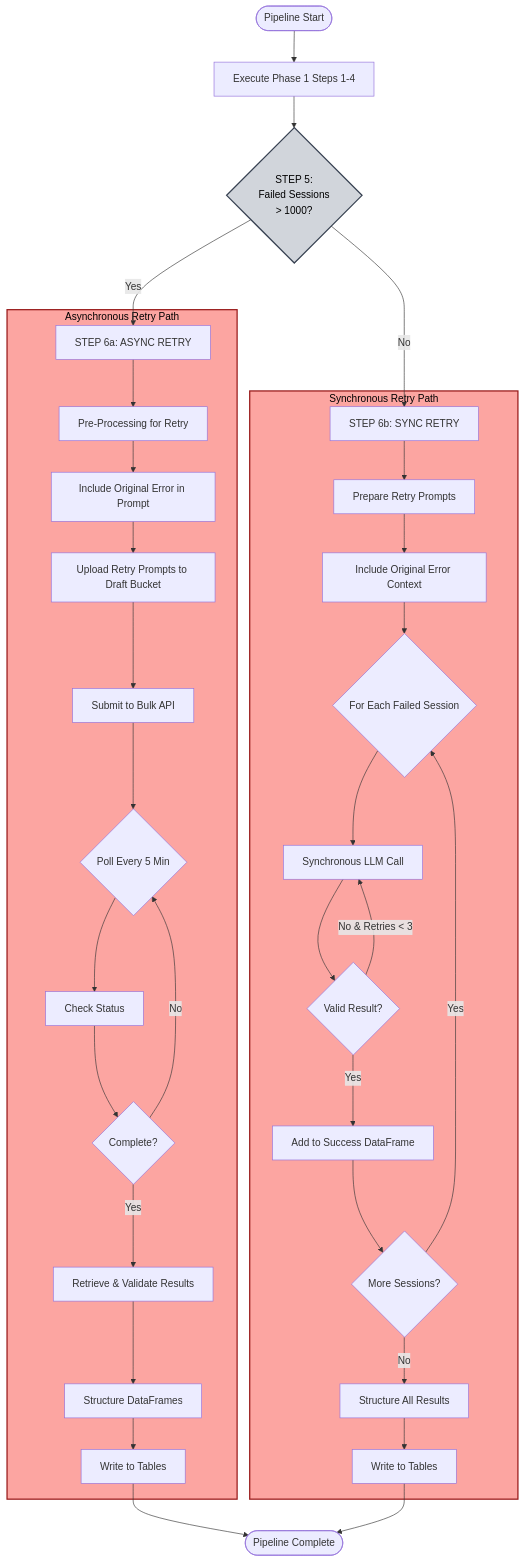
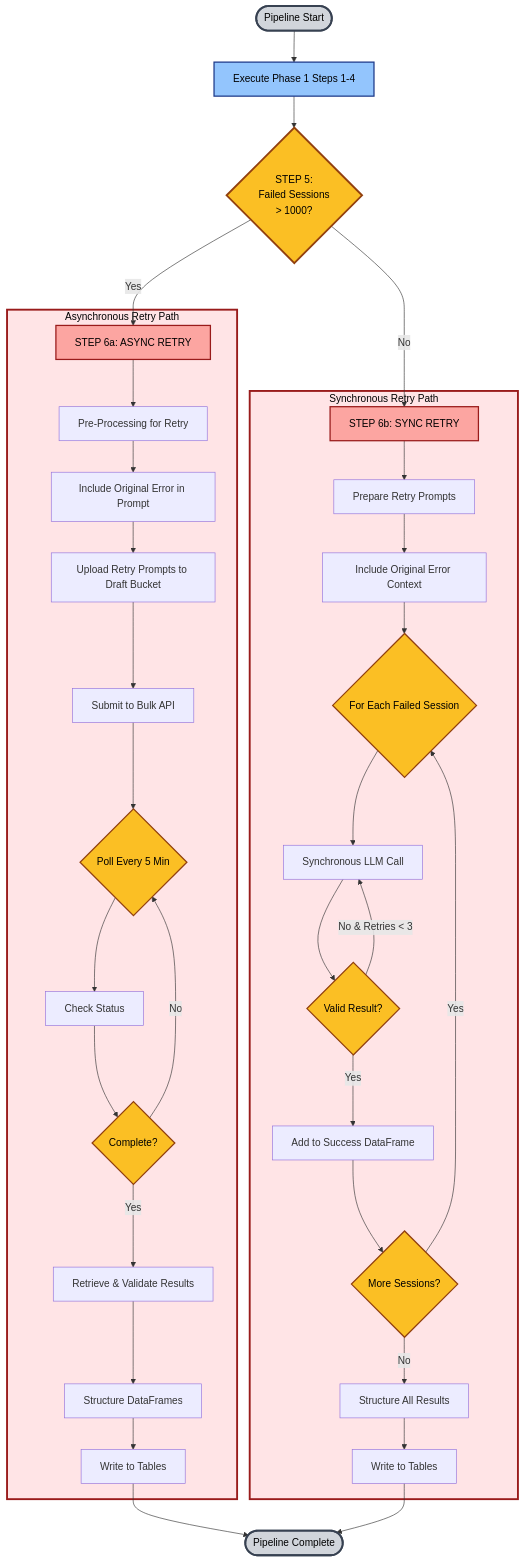
The second of 4 diagrams in agentforce/observability/README_Agentforce_Observability_Pipeline_Implementation.md (arupsarkar-sfdc/Misc), drawn with Mermaid before and after one commit. The commit also changed other lines of this file, not shown here.

Commit message:
Updated the color scheme of diagrams

````diff
--- a/agentforce/observability/README_Agentforce_Observability_Pipeline_Implementation.md
+++ b/agentforce/observability/README_Agentforce_Observability_Pipeline_Implementation.md
@@ -188,44 +192,54 @@
 ```mermaid
 graph TD
     START([Pipeline Start]) --> PHASE1[Execute Phase 1 Steps 1-4]
     
     PHASE1 --> CHECK{STEP 5:<br/>Failed Sessions<br/>> 1000?}
     
     CHECK -->|Yes| ASYNC[STEP 6a: ASYNC RETRY]
     CHECK -->|No| SYNC[STEP 6b: SYNC RETRY]
     
     subgraph AsyncRetry["Asynchronous Retry Path"]
         ASYNC --> A1[Pre-Processing for Retry]
         A1 --> A2[Include Original Error in Prompt]
         A2 --> A3[Upload Retry Prompts to Draft Bucket]
         A3 --> A4[Submit to Bulk API]
         A4 --> A5{Poll Every 5 Min}
         A5 --> A6[Check Status]
         A6 --> A7{Complete?}
         A7 -->|No| A5
         A7 -->|Yes| A8[Retrieve & Validate Results]
         A8 --> A9[Structure DataFrames]
         A9 --> A10[Write to Tables]
     end
     
     subgraph SyncRetry["Synchronous Retry Path"]
         SYNC --> S1[Prepare Retry Prompts]
         S1 --> S2[Include Original Error Context]
         S2 --> S3{For Each Failed Session}
         S3 --> S4[Synchronous LLM Call]
         S4 --> S5{Valid Result?}
         S5 -->|No & Retries < 3| S4
         S5 -->|Yes| S6[Add to Success DataFrame]
         S6 --> S7{More Sessions?}
         S7 -->|Yes| S3
         S7 -->|No| S8[Structure All Results]
         S8 --> S9[Write to Tables]
     end
     
     A10 --> ENDP2([Pipeline Complete])
     S9 --> ENDP2
     
-    style CHECK fill:#d1d5db,stroke:#374151,stroke-width:2px,color:#000
-    style AsyncRetry fill:#fca5a1,stroke:#991b1b,stroke-width:2px,color:#000
-    style SyncRetry fill:#fca5a1,stroke:#991b1b,stroke-width:2px,color:#000
+    style START fill:#d1d5db,stroke:#374151,stroke-width:3px,color:#000
+    style PHASE1 fill:#93c5fd,stroke:#1e3a8a,stroke-width:2px,color:#000
+    style CHECK fill:#fbbf24,stroke:#92400e,stroke-width:3px,color:#000
+    style ASYNC fill:#fca5a1,stroke:#991b1b,stroke-width:2px,color:#000
+    style SYNC fill:#fca5a1,stroke:#991b1b,stroke-width:2px,color:#000
+    style AsyncRetry fill:#ffe4e6,stroke:#991b1b,stroke-width:3px,color:#000
+    style SyncRetry fill:#ffe4e6,stroke:#991b1b,stroke-width:3px,color:#000
+    style ENDP2 fill:#d1d5db,stroke:#374151,stroke-width:3px,color:#000
+    style A5 fill:#fbbf24,stroke:#92400e,stroke-width:2px,color:#000
+    style A7 fill:#fbbf24,stroke:#92400e,stroke-width:2px,color:#000
+    style S3 fill:#fbbf24,stroke:#92400e,stroke-width:2px,color:#000
+    style S5 fill:#fbbf24,stroke:#92400e,stroke-width:2px,color:#000
+    style S7 fill:#fbbf24,stroke:#92400e,stroke-width:2px,color:#000
 ```
````
